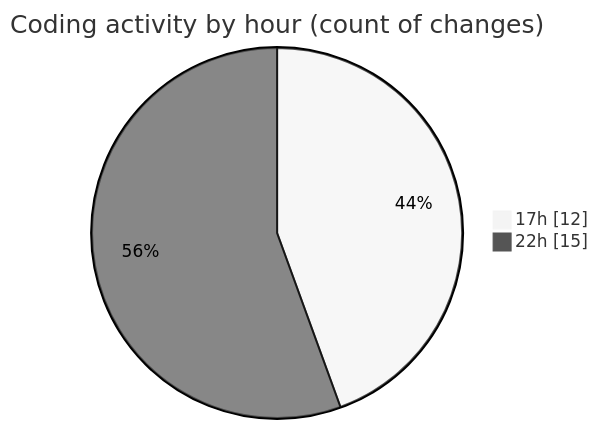
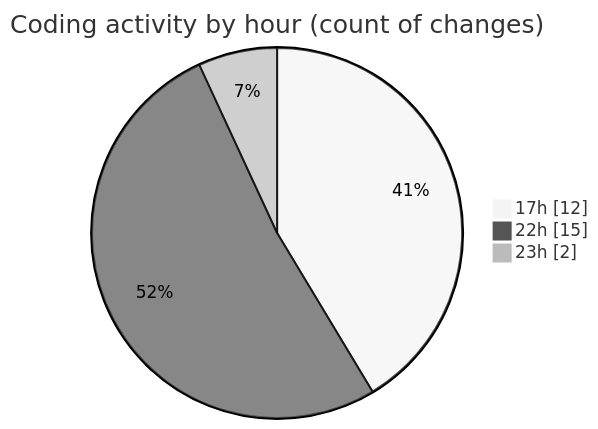
One commit to MatusMokan/code-tracking changed the second of 2 diagrams in 2025-02-25/myws__workspace_/README.md. Above: the diagram before and after it, drawn with Mermaid (neutral theme). The commit also changed other lines of this file and 1 other file, not shown here.

````diff
--- a/2025-02-25/myws__workspace_/README.md
+++ b/2025-02-25/myws__workspace_/README.md
@@ -32,6 +32,7 @@
 ```mermaid
 pie showData
 title Coding activity by hour (count of changes)
 "17h" : 12
 "22h" : 15
+"23h" : 2
 ```
````
